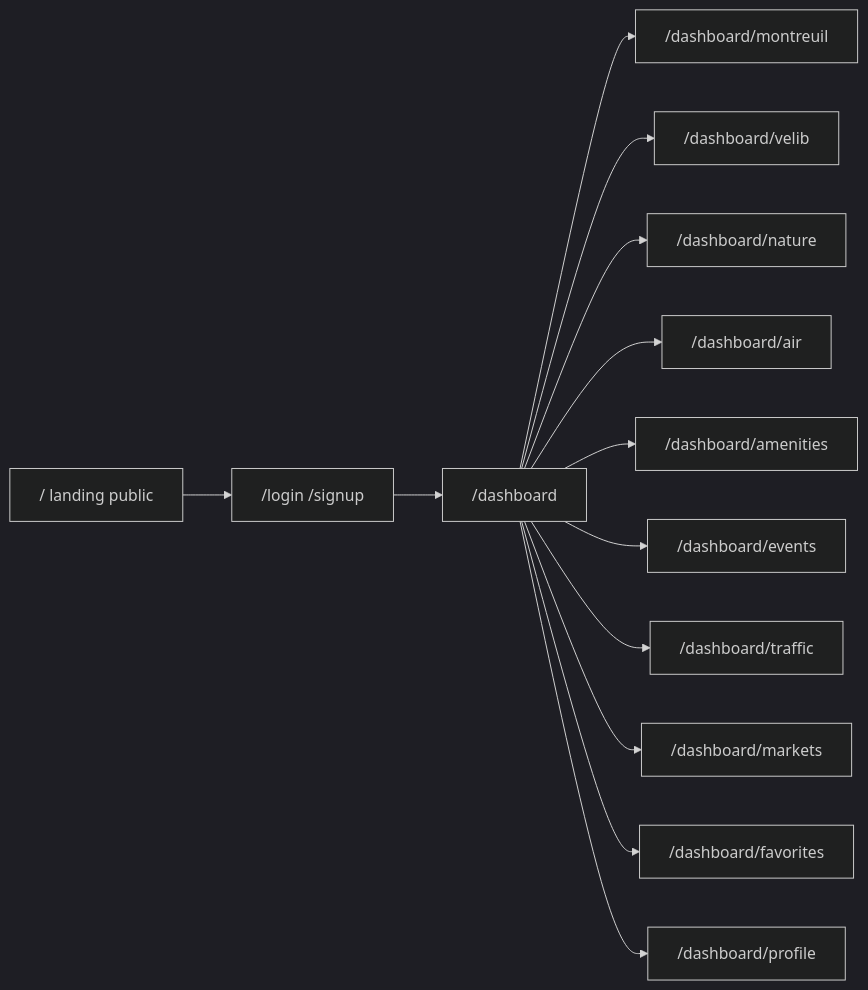
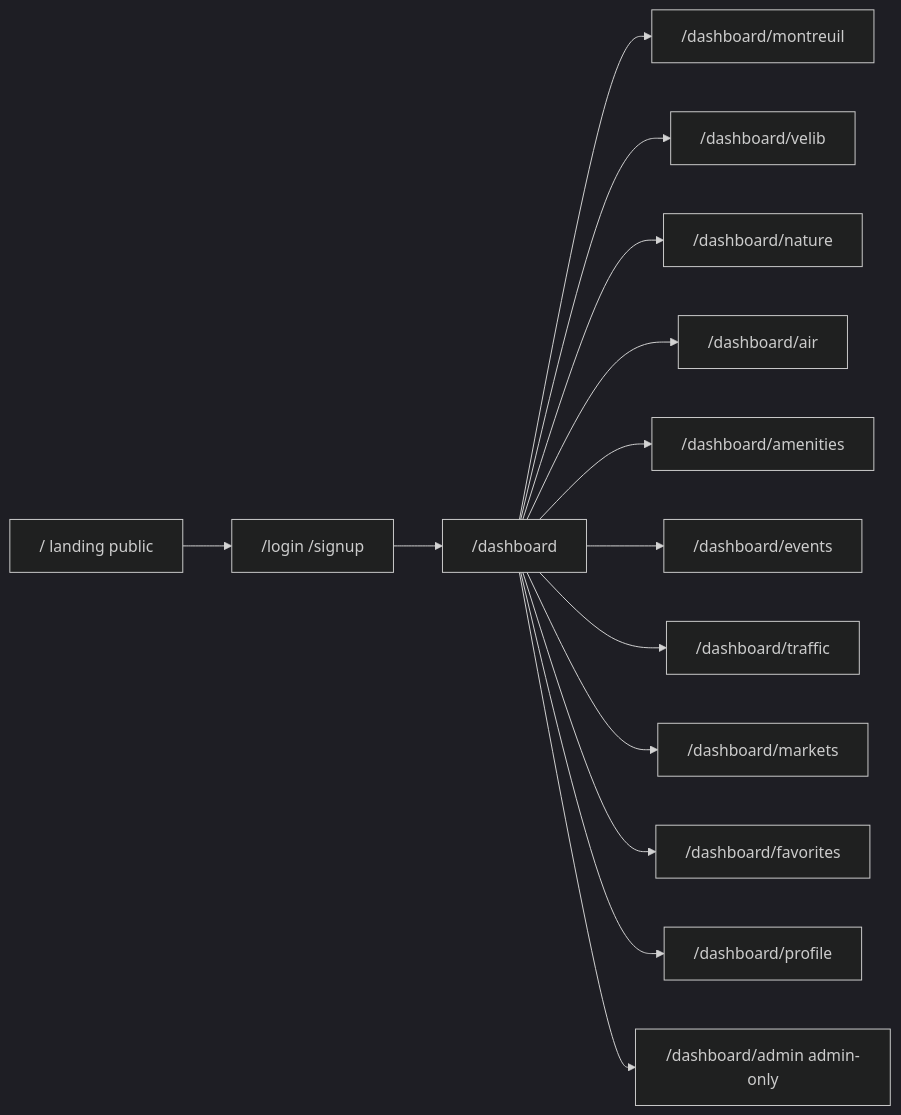
Before and after one commit to vincent-bartissol/dashboard: the diagram in PLAN.md, drawn with Mermaid (dark theme). The commit also changed other lines of this file and 12 other files, not shown here.

````diff
--- a/PLAN.md
+++ b/PLAN.md
@@ -11,15 +11,16 @@
 ```mermaid
 flowchart LR
   landing["/ landing public"] --> login["/login /signup"]
   login --> overview["/dashboard"]
   overview --> montreuil["/dashboard/montreuil"]
   overview --> velib["/dashboard/velib"]
   overview --> nature["/dashboard/nature"]
   overview --> air["/dashboard/air"]
   overview --> amenities["/dashboard/amenities"]
   overview --> events["/dashboard/events"]
   overview --> traffic["/dashboard/traffic"]
   overview --> markets["/dashboard/markets"]
   overview --> favorites["/dashboard/favorites"]
   overview --> profile["/dashboard/profile"]
+  overview --> admin["/dashboard/admin admin-only"]
 ```
````
